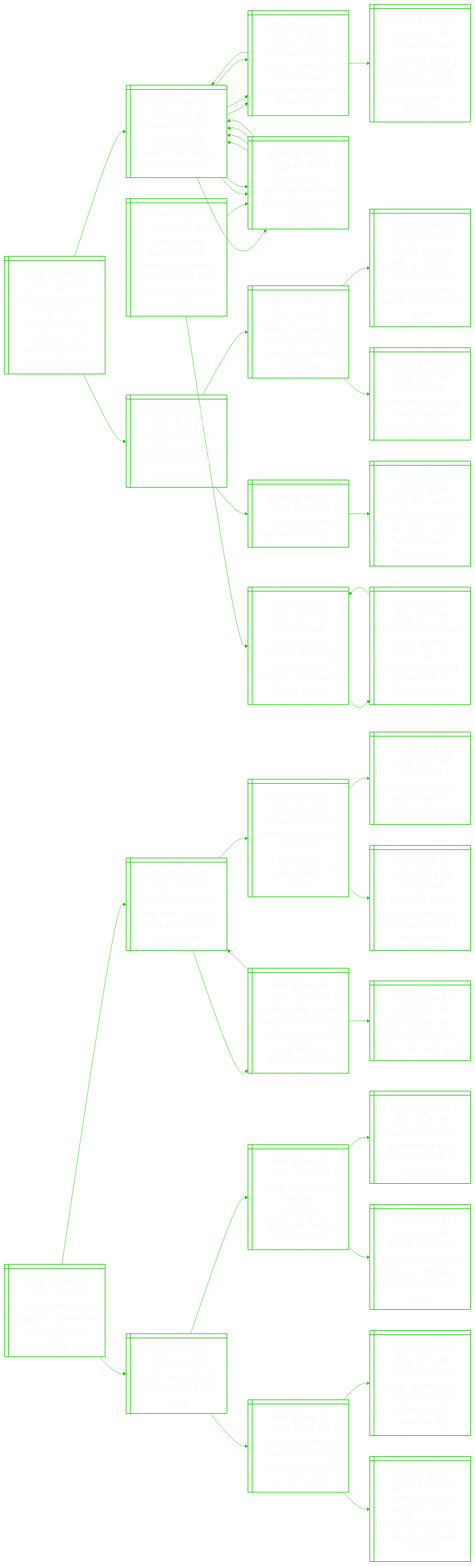
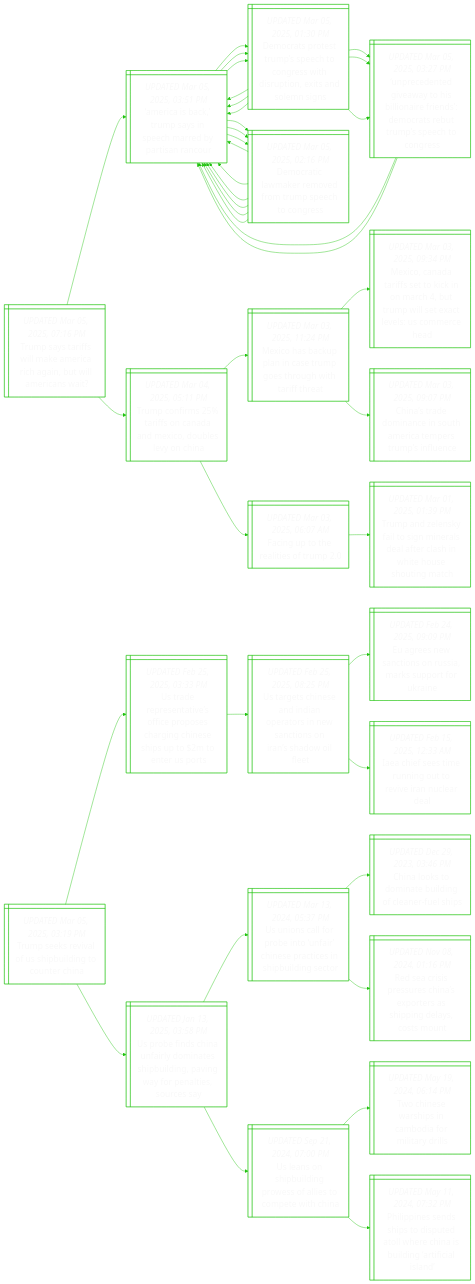
The diagram in README.md (notJmes/notJmes), drawn with Mermaid before and after one commit. The commit also changed other lines of this file, not shown here.

````diff
--- a/README.md
+++ b/README.md
@@ -16,8 +16,8 @@
 flowchart LR
 classDef txtsize font-size:20px;
 
-Tsasiidreemndotus@{ shape: win-pane, label: "_UPDATED Mar 05, 2025, 12:23 PM_
-Trump says tariffs to bring ‘a little disturbance’ to us economy, but needed to protect the country’s ‘soul’" }
+Tsasmmaablrs@{ shape: win-pane, label: "_UPDATED Mar 05, 2025, 07:16 PM_
+Trump says tariffs will make america rich again, but will americans wait?" }
 Acauypmdrno@{ shape: win-pane, label: "_UPDATED Mar 05, 2025, 03:51 PM_
 ‘america is back,’ trump says in speech marred by partisan rancour" }
 DrrtpeCetrotsns@{ shape: win-pane, label: "_UPDATED Mar 05, 2025, 01:30 PM_
@@ -45,98 +45,101 @@
 TalytnretaWHsit@{ shape: win-pane, label: "_UPDATED Mar 01, 2025, 01:39 PM_
 Trump and zelensky fail to sign minerals deal after clash in white house shouting match" }
 
-Tsasiidreemndotus:::txtsize --> Acauypmdrno:::txtsize
+Tsasmmaablrs:::txtsize --> Acauypmdrno:::txtsize
 Acauypmdrno:::txtsize --> DrrtpeCetrotsns:::txtsize
 DrrtpeCetrotsns:::txtsize --> Acauypmdrno:::txtsize
 DrrtpeCetrotsns:::txtsize --> Uctvysireeabuptg:::txtsize
 Acauypmdrno:::txtsize --> Drlkmfrptg:::txtsize
 Drlkmfrptg:::txtsize --> Acauypmdrno:::txtsize
 Drlkmfrptg:::txtsize --> Acauypmdrno:::txtsize
-Tsasiidreemndotus:::txtsize --> TcrroadcbeC:::txtsize
+Tsasmmaablrs:::txtsize --> TcrroadcbeC:::txtsize
 TcrroadcbeC:::txtsize --> MoapnTghhtfa:::txtsize
 MoapnTghhtfa:::txtsize --> ModieiocTwececra:::txtsize
 MoapnTghhtfa:::txtsize --> Csenitresple:::txtsize
 TcrroadcbeC:::txtsize --> Fgtaer:::txtsize
 Fgtaer:::txtsize --> TalytnretaWHsit:::txtsize
 
-Psikommtmpudtg@{ shape: win-pane, label: "_UPDATED Mar 05, 2025, 03:11 PM_
-Protest in pink, woke no more: some key moments from trump’s 100-minute address to congress" }
+Uctvysireeabuptg@{ shape: win-pane, label: "_UPDATED Mar 05, 2025, 03:27 PM_
+‘unprecedented giveaway to his billionaire friends’: democrats rebut trump’s speech to congress" }
+Acauypmdrno@{ shape: win-pane, label: "_UPDATED Mar 05, 2025, 03:51 PM_
+‘america is back,’ trump says in speech marred by partisan rancour" }
+DrrtpeCetrotsns@{ shape: win-pane, label: "_UPDATED Mar 05, 2025, 01:30 PM_
+Democrats protest trump’s speech to congress with disruption, exits and solemn signs" }
+Acauypmdrno@{ shape: win-pane, label: "_UPDATED Mar 05, 2025, 03:51 PM_
+‘america is back,’ trump says in speech marred by partisan rancour" }
+Uctvysireeabuptg@{ shape: win-pane, label: "_UPDATED Mar 05, 2025, 03:27 PM_
+‘unprecedented giveaway to his billionaire friends’: democrats rebut trump’s speech to congress" }
 Drlkmfrptg@{ shape: win-pane, label: "_UPDATED Mar 05, 2025, 02:16 PM_
 Democratic lawmaker removed from trump speech to congress" }
 Acauypmdrno@{ shape: win-pane, label: "_UPDATED Mar 05, 2025, 03:51 PM_
 ‘america is back,’ trump says in speech marred by partisan rancour" }
+Acauypmdrno@{ shape: win-pane, label: "_UPDATED Mar 05, 2025, 03:51 PM_
+‘america is back,’ trump says in speech marred by partisan rancour" }
+Acauypmdrno@{ shape: win-pane, label: "_UPDATED Mar 05, 2025, 03:51 PM_
+‘america is back,’ trump says in speech marred by partisan rancour" }
 DrrtpeCetrotsns@{ shape: win-pane, label: "_UPDATED Mar 05, 2025, 01:30 PM_
 Democrats protest trump’s speech to congress with disruption, exits and solemn signs" }
+Acauypmdrno@{ shape: win-pane, label: "_UPDATED Mar 05, 2025, 03:51 PM_
+‘america is back,’ trump says in speech marred by partisan rancour" }
+Uctvysireeabuptg@{ shape: win-pane, label: "_UPDATED Mar 05, 2025, 03:27 PM_
+‘unprecedented giveaway to his billionaire friends’: democrats rebut trump’s speech to congress" }
 Drlkmfrptg@{ shape: win-pane, label: "_UPDATED Mar 05, 2025, 02:16 PM_
 Democratic lawmaker removed from trump speech to congress" }
 Acauypmdrno@{ shape: win-pane, label: "_UPDATED Mar 05, 2025, 03:51 PM_
 ‘america is back,’ trump says in speech marred by partisan rancour" }
-DrrtpeCetrotsns@{ shape: win-pane, label: "_UPDATED Mar 05, 2025, 01:30 PM_
-Democrats protest trump’s speech to congress with disruption, exits and solemn signs" }
-Drlkmfrptg@{ shape: win-pane, label: "_UPDATED Mar 05, 2025, 02:16 PM_
-Democratic lawmaker removed from trump speech to congress" }
-SisstttnraIelyev@{ shape: win-pane, label: "_UPDATED Jul 14, 2024, 10:31 PM_
-Shooting was ‘assassination attempt’ on donald trump, says fbi; suspect, 20, killed by secret  service" }
-HwkaTskgntdenrhn@{ shape: win-pane, label: "_UPDATED Jul 14, 2024, 11:00 PM_
-Here’s what’s known about thomas crooks, 20, the gunman identified by the fbi in the trump shooting" }
-SisstttnraIelyev@{ shape: win-pane, label: "_UPDATED Jul 14, 2024, 10:31 PM_
-Shooting was ‘assassination attempt’ on donald trump, says fbi; suspect, 20, killed by secret  service" }
+Acauypmdrno@{ shape: win-pane, label: "_UPDATED Mar 05, 2025, 03:51 PM_
+‘america is back,’ trump says in speech marred by partisan rancour" }
 
-Psikommtmpudtg:::txtsize --> Drlkmfrptg:::txtsize
-Drlkmfrptg:::txtsize --> Acauypmdrno:::txtsize
+Uctvysireeabuptg:::txtsize --> Acauypmdrno:::txtsize
 Acauypmdrno:::txtsize --> DrrtpeCetrotsns:::txtsize
+DrrtpeCetrotsns:::txtsize --> Acauypmdrno:::txtsize
+DrrtpeCetrotsns:::txtsize --> Uctvysireeabuptg:::txtsize
 Acauypmdrno:::txtsize --> Drlkmfrptg:::txtsize
 Drlkmfrptg:::txtsize --> Acauypmdrno:::txtsize
+Drlkmfrptg:::txtsize --> Acauypmdrno:::txtsize
+Uctvysireeabuptg:::txtsize --> Acauypmdrno:::txtsize
 Acauypmdrno:::txtsize --> DrrtpeCetrotsns:::txtsize
+DrrtpeCetrotsns:::txtsize --> Acauypmdrno:::txtsize
+DrrtpeCetrotsns:::txtsize --> Uctvysireeabuptg:::txtsize
 Acauypmdrno:::txtsize --> Drlkmfrptg:::txtsize
-Psikommtmpudtg:::txtsize --> SisstttnraIelyev:::txtsize
-SisstttnraIelyev:::txtsize --> HwkaTskgntdenrhn:::txtsize
-HwkaTskgntdenrhn:::txtsize --> SisstttnraIelyev:::txtsize
+Drlkmfrptg:::txtsize --> Acauypmdrno:::txtsize
+Drlkmfrptg:::txtsize --> Acauypmdrno:::txtsize
 
-AtaEittopae@{ shape: win-pane, label: "_UPDATED Mar 05, 2025, 10:49 AM_
-Arab states adopt egyptian alternative to trump’s ‘gaza riviera’" }
-Tpstvzceetda@{ shape: win-pane, label: "_UPDATED Feb 05, 2025, 08:50 PM_
-Trump proposes us ‘take over’ gaza and create ‘riviera of the middle east’" }
-WeaWHTpsrnpmfn@{ shape: win-pane, label: "_UPDATED Feb 05, 2025, 04:44 PM_
-With netanyahu at white house, trump proposes permanent displacement of gazans" }
-Tathfvtodsn@{ shape: win-pane, label: "_UPDATED Feb 04, 2025, 03:21 PM_
-Trump and netanyahu set for pivotal talks on middle east agenda" }
-Hfhgreeeiiraei@{ shape: win-pane, label: "_UPDATED Jan 20, 2025, 02:03 PM_
-Hamas frees hostages, israel releases palestinian prisoners on day 1 of ceasefire" }
-SAaiseuyitatPtne@{ shape: win-pane, label: "_UPDATED Feb 06, 2025, 12:15 AM_
-Saudi arabia, in swift response to trump, says no ties with israel without palestinian state" }
-Tpstvzceetda@{ shape: win-pane, label: "_UPDATED Feb 05, 2025, 08:50 PM_
-Trump proposes us ‘take over’ gaza and create ‘riviera of the middle east’" }
-SAaasateita@{ shape: win-pane, label: "_UPDATED Nov 25, 2024, 01:01 PM_
-Saudi arabia says a palestinian state is key to ties with israel" }
-Tsngtaeo@{ shape: win-pane, label: "_UPDATED Feb 28, 2025, 04:16 PM_
-Trump says ongoing gaza talks are ‘pretty good’" }
-Easiaaidnedeg@{ shape: win-pane, label: "_UPDATED Feb 11, 2025, 12:03 PM_
-‘emaciated’ israeli hostages, palestinian detainees ‘deeply distressing’: un" }
-Ilshedoooia@{ shape: win-pane, label: "_UPDATED Jan 16, 2025, 05:35 PM_
-Israel, hamas reach ceasefire deal to end 15 months of war in gaza" }
-Hstseirhgrgcfnu@{ shape: win-pane, label: "_UPDATED Feb 11, 2025, 03:30 PM_
-Hamas says it will stop releasing israeli hostages, throwing gaza ceasefire into doubt" }
-MaqiayattiaO@{ shape: win-pane, label: "_UPDATED Feb 28, 2025, 07:54 PM_
-Military inquiry in israel says it ‘failed to protect’ civilians on oct 7, 2023" }
-Sbsrcdnacaale@{ shape: win-pane, label: "_UPDATED Nov 13, 2024, 11:02 AM_
-‘sea of bodies’ in israel, scores dead in gaza as shock hamas attack unleashes war" }
-Hstarcfafeisrn@{ shape: win-pane, label: "_UPDATED Feb 27, 2025, 10:16 PM_
-Hamas says it is ready for more ceasefire talks after releasing hostage remains" }
+TsraSbicen@{ shape: win-pane, label: "_UPDATED Mar 05, 2025, 03:19 PM_
+Trump seeks revival of us shipbuilding to counter china" }
+Udrteiosghesmtp@{ shape: win-pane, label: "_UPDATED Feb 25, 2025, 03:33 PM_
+Us trade representative’s office proposes charging chinese ships up to $2m to enter us ports" }
+UghenotnaoIswl@{ shape: win-pane, label: "_UPDATED Feb 25, 2025, 08:25 PM_
+Us targets chinese and indian operators in new sanctions on iran’s shadow oil fleet" }
+Eewtosrpfr@{ shape: win-pane, label: "_UPDATED Feb 24, 2025, 09:09 PM_
+Eu agrees new sanctions on russia, marks support for ukraine" }
+IhemnueIur@{ shape: win-pane, label: "_UPDATED Feb 15, 2025, 12:33 AM_
+Iaea chief sees time running out to revive iran nuclear deal" }
+Ubdnadahignfnera@{ shape: win-pane, label: "_UPDATED Jan 13, 2025, 03:58 PM_
+Us probe finds china unfairly dominates shipbuilding, paving way for penalties, sources say" }
+UolpinCscsilsr@{ shape: win-pane, label: "_UPDATED Mar 13, 2024, 05:37 PM_
+Us unions call for probe into ‘unfair’ chinese practices in shipbuilding sector" }
+Cltibicels@{ shape: win-pane, label: "_UPDATED Dec 29, 2023, 03:46 PM_
+China looks to dominate building of cleaner-fuel ships" }
+Raissaosigytn@{ shape: win-pane, label: "_UPDATED Nov 08, 2024, 01:16 PM_
+Red sea crisis pressures china’s exporters as shipping delays, costs mount" }
+Unhigeasmwh@{ shape: win-pane, label: "_UPDATED Sep 21, 2024, 07:00 PM_
+Us leans on shipbuilding prowess of allies to compete with china" }
+TiwiCdrtr@{ shape: win-pane, label: "_UPDATED May 19, 2024, 06:14 PM_
+Two chinese warships in cambodia for military drills" }
+Ppssssdleaigfln@{ shape: win-pane, label: "_UPDATED May 11, 2024, 07:32 PM_
+Philippines sends ships to disputed atoll where china is building ‘artificial island’" }
 
-AtaEittopae:::txtsize --> Tpstvzceetda:::txtsize
-Tpstvzceetda:::txtsize --> WeaWHTpsrnpmfn:::txtsize
-WeaWHTpsrnpmfn:::txtsize --> Tathfvtodsn:::txtsize
-WeaWHTpsrnpmfn:::txtsize --> Hfhgreeeiiraei:::txtsize
-Tpstvzceetda:::txtsize --> SAaiseuyitatPtne:::txtsize
-SAaiseuyitatPtne:::txtsize --> Tpstvzceetda:::txtsize
-SAaiseuyitatPtne:::txtsize --> SAaasateita:::txtsize
-AtaEittopae:::txtsize --> Tsngtaeo:::txtsize
-Tsngtaeo:::txtsize --> Easiaaidnedeg:::txtsize
-Easiaaidnedeg:::txtsize --> Ilshedoooia:::txtsize
-Easiaaidnedeg:::txtsize --> Hstseirhgrgcfnu:::txtsize
-Tsngtaeo:::txtsize --> MaqiayattiaO:::txtsize
-MaqiayattiaO:::txtsize --> Sbsrcdnacaale:::txtsize
-MaqiayattiaO:::txtsize --> Hstarcfafeisrn:::txtsize
+TsraSbicen:::txtsize --> Udrteiosghesmtp:::txtsize
+Udrteiosghesmtp:::txtsize --> UghenotnaoIswl:::txtsize
+UghenotnaoIswl:::txtsize --> Eewtosrpfr:::txtsize
+UghenotnaoIswl:::txtsize --> IhemnueIur:::txtsize
+TsraSbicen:::txtsize --> Ubdnadahignfnera:::txtsize
+Ubdnadahignfnera:::txtsize --> UolpinCscsilsr:::txtsize
+UolpinCscsilsr:::txtsize --> Cltibicels:::txtsize
+UolpinCscsilsr:::txtsize --> Raissaosigytn:::txtsize
+Ubdnadahignfnera:::txtsize --> Unhigeasmwh:::txtsize
+Unhigeasmwh:::txtsize --> TiwiCdrtr:::txtsize
+Unhigeasmwh:::txtsize --> Ppssssdleaigfln:::txtsize
 
 ```
````
